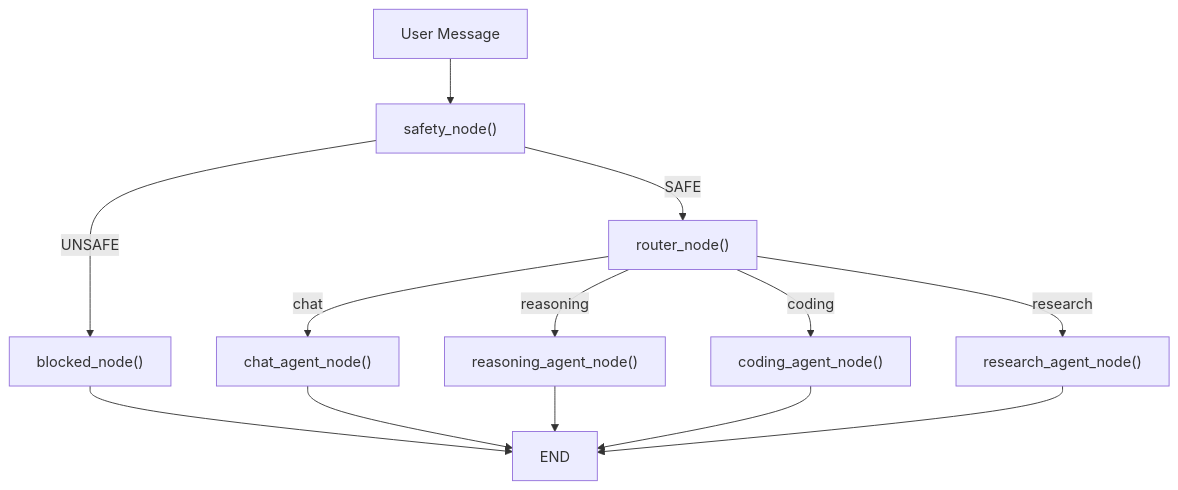
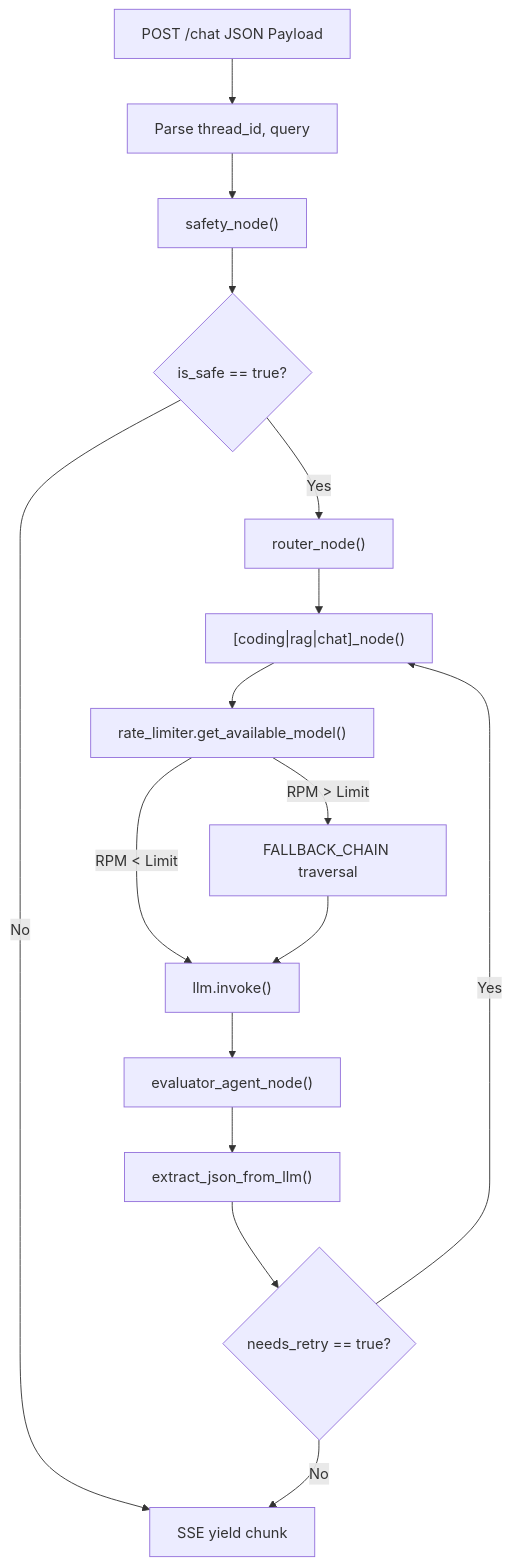
Before and after one commit to Divyanshi018572/COGNIVERSE-PERSONALISED-CHATBOT: the diagram in lld.md, drawn with Mermaid. The commit also changed other lines of this file and 34 other files, not shown here.

Commit message:
chore: upgrade multi-agent architecture and elite portfolio documentation

````diff
--- a/lld.md
+++ b/lld.md
@@ -35,27 +43,32 @@
 ```mermaid
 graph TD
-    Input["User Message"]
+    Request["POST /chat JSON Payload"]
+    Parse["Parse thread_id, query"]
     Safety["safety_node()"]
-    Blocked["blocked_node()"]
+    CheckSafe{"is_safe == true?"}
     Router["router_node()"]
-    Chat["chat_agent_node()"]
-    Reasoning["reasoning_agent_node()"]
-    Coding["coding_agent_node()"]
-    Research["research_agent_node()"]
-    End["END"]
-
-    Input --> Safety
-    Safety -- SAFE --> Router
-    Safety -- UNSAFE --> Blocked
-    Blocked --> End
+    TargetAgent["[coding|rag|chat]_node()"]
+    RateLimitCheck["rate_limiter.get_available_model()"]
+    Fallback["FALLBACK_CHAIN traversal"]
+    ExecuteLLM["llm.invoke()"]
+    Evaluator["evaluator_agent_node()"]
+    JSONParse["extract_json_from_llm()"]
+    RetryCheck{"needs_retry == true?"}
+    Yield["SSE yield chunk"]
     
-    Router -- "chat" --> Chat
-    Router -- "reasoning" --> Reasoning
-    Router -- "coding" --> Coding
-    Router -- "research" --> Research
-    
-    Chat --> End
-    Reasoning --> End
-    Coding --> End
-    Research --> End
+    Request --> Parse
+    Parse --> Safety
+    Safety --> CheckSafe
+    CheckSafe -- No --> Yield
+    CheckSafe -- Yes --> Router
+    Router --> TargetAgent
+    TargetAgent --> RateLimitCheck
+    RateLimitCheck -->|RPM > Limit| Fallback
+    RateLimitCheck -->|RPM < Limit| ExecuteLLM
+    Fallback --> ExecuteLLM
+    ExecuteLLM --> Evaluator
+    Evaluator --> JSONParse
+    JSONParse --> RetryCheck
+    RetryCheck -- Yes --> TargetAgent
+    RetryCheck -- No --> Yield
 ```
````
